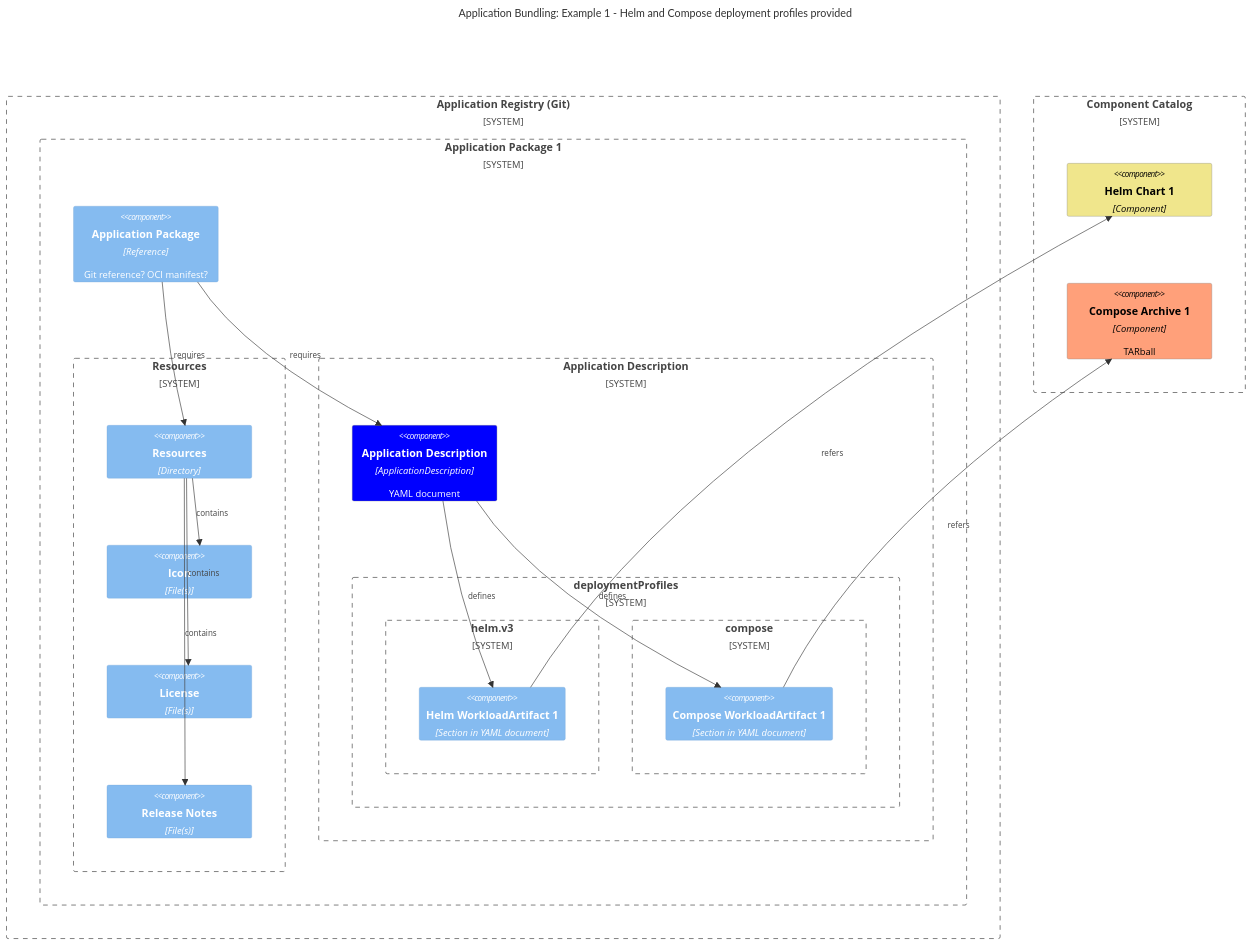
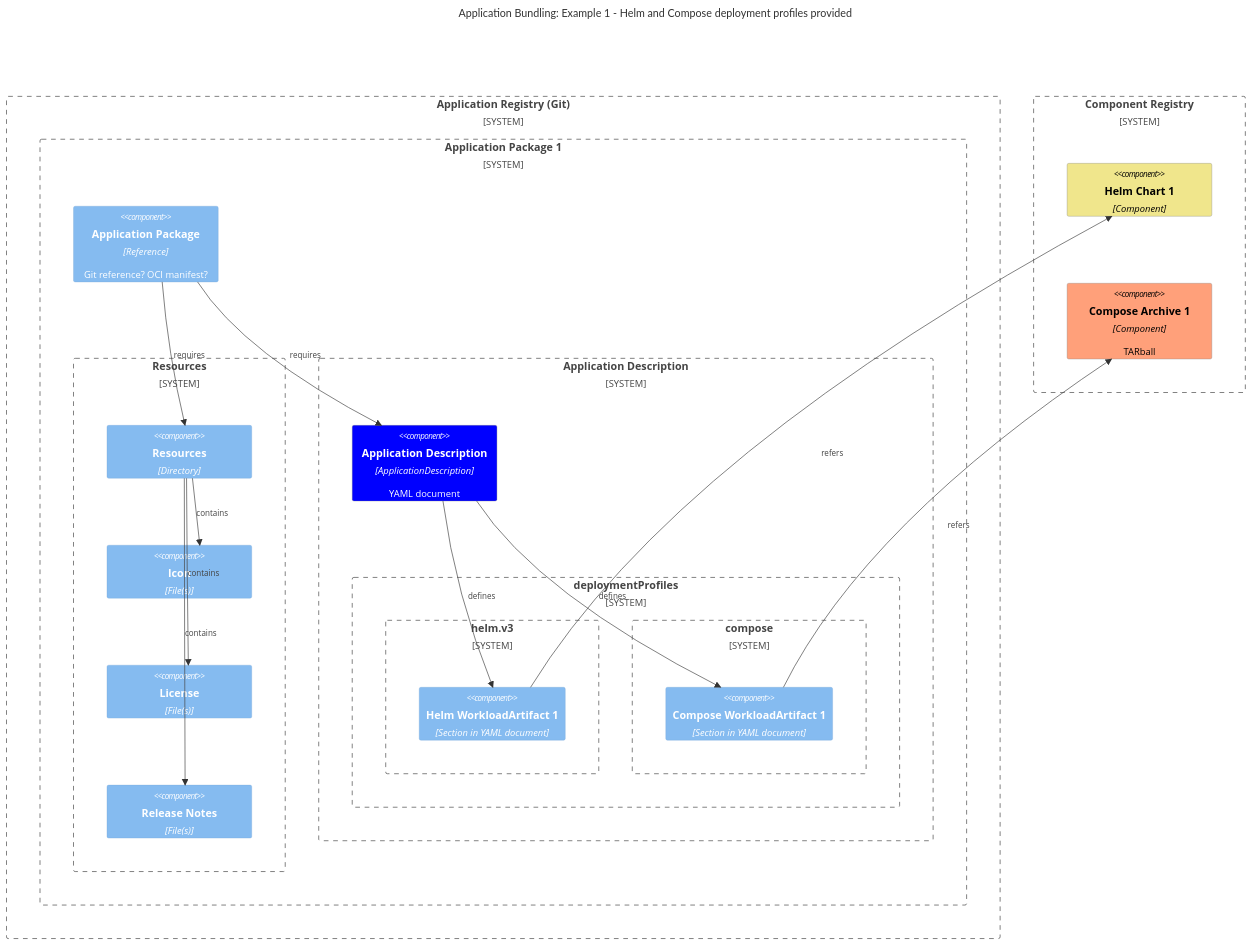
One commit to margo/specification changed the second of 6 diagrams in system-design/margo-overview/software-composition.md. Above: the diagram before and after it, drawn with Mermaid. The commit also changed other lines of this file and 1 other file, not shown here.

````diff
--- a/system-design/margo-overview/software-composition.md
+++ b/system-design/margo-overview/software-composition.md
@@ -126,49 +70,49 @@
 ```mermaid
 C4Component
     title Application Bundling: Example 1 - Helm and Compose deployment profiles provided
 
     System_Boundary(ar, "Application Registry (Git)") {
         System_Boundary(ab1, "Application Package 1") {
             Component(atb1, "Application Package", "Reference", "Git reference? OCI manifest?")
 
             System_Boundary(c99, "Resources") {
                 Component(rd, "Resources", "Directory")
                 Component(ic, "Icon", "File(s)")
                 Component(lc, "License", "File(s)")
                 Component(rn, "Release Notes", "File(s)")
                 Rel(rd, ic, "contains")
                 Rel(rd, lc, "contains")
                 Rel(rd, rn, "contains")
             }
 
             System_Boundary(c1, "Application Description") {
                 Component(ad, "Application Description", "ApplicationDescription", "YAML document")
                 System_Boundary(c2, "deploymentProfiles") {
                     System_Boundary(c3, "helm.v3") {
                         Component(wldh1, "Helm WorkloadArtifact 1", "Section in YAML document")
                     }
                     System_Boundary(c4, "compose") {
                         Component(wldc1, "Compose WorkloadArtifact 1", "Section in YAML document")
                     }
                 }
                 Rel(ad,wldh1, "defines")
                 Rel(ad,wldc1, "defines")
             }
 
             Rel(atb1, ad, "requires")
             Rel(atb1, rd, "requires")
         }
     }
 
-    System_Boundary(crr, "Component Catalog") {
+    System_Boundary(crr, "Component Registry") {
         Component(hc1, "Helm Chart 1", "Component")
         Component(cc1, "Compose Archive 1", "Component", "TARball")
     }
 
     Rel(wldh1, hc1, "refers")
     Rel(wldc1, cc1, "refers")
 
     UpdateElementStyle(ad, $fontColor="white", $bgColor="blue", $borderColor="grey")
     UpdateElementStyle(hc1, $fontColor="black", $bgColor="khaki", $borderColor="grey")
     UpdateElementStyle(cc1, $fontColor="black", $bgColor="lightsalmon", $borderColor="grey")
 ```
````
